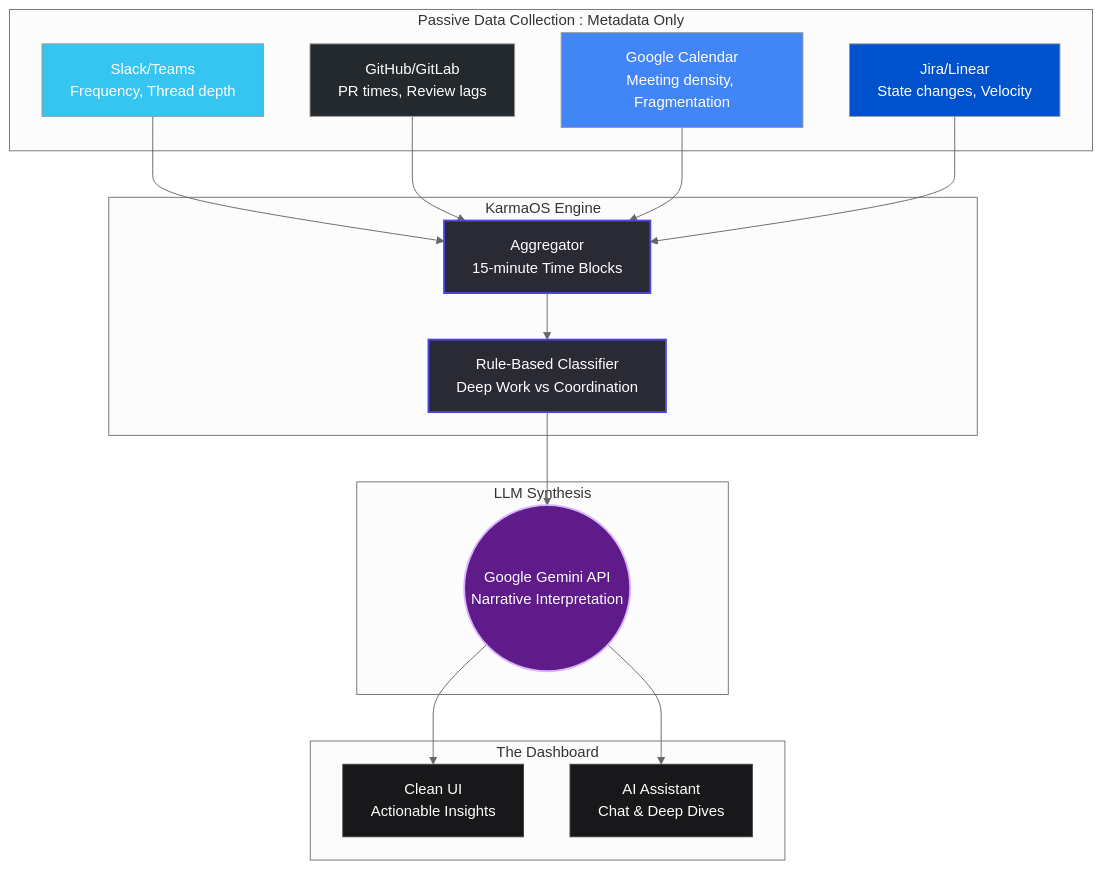
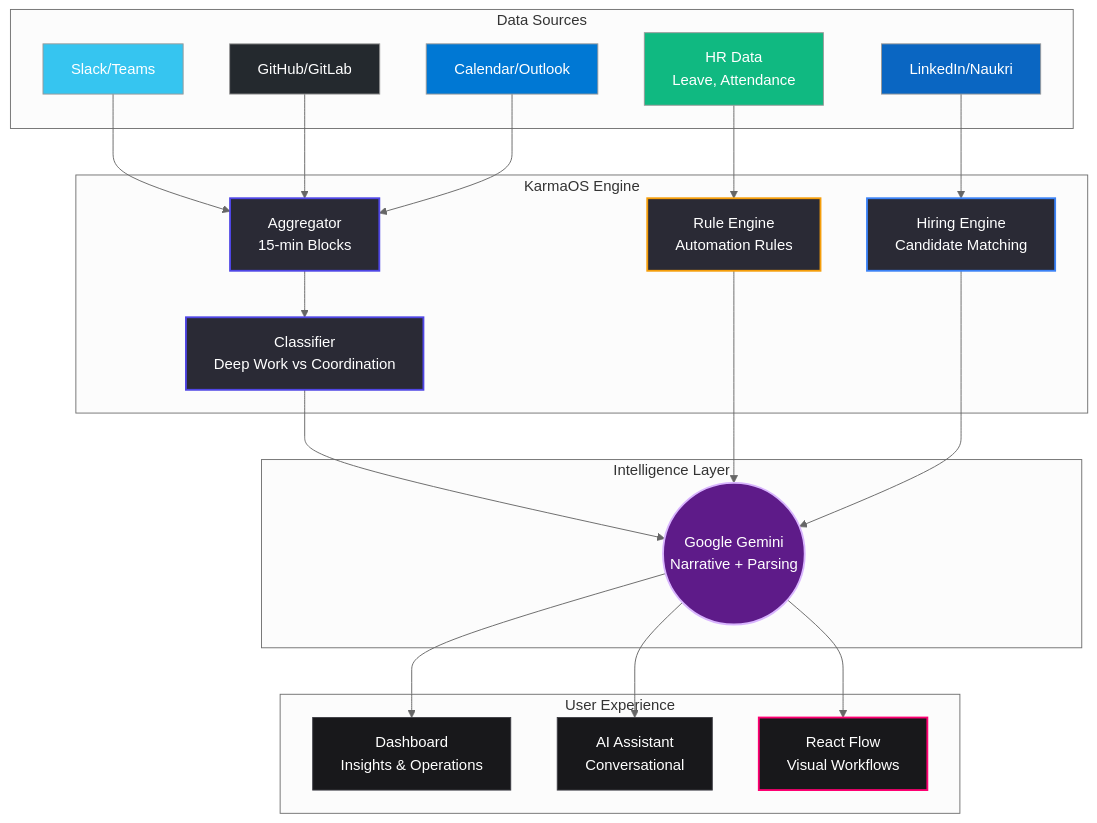
One commit to Hackmaass/Karma changed the diagram in readme.md. Above: the diagram before and after it, drawn with Mermaid (neutral theme). The commit also changed other lines of this file, not shown here.

Commit message:
docs: Update README for KarmaOS v2 Workforce OS

````diff
--- a/readme.md
+++ b/readme.md
@@ -39,43 +76,55 @@
 ```mermaid
 graph TD
-    subgraph Passive Data Layer [Passive Data Collection : Metadata Only]
-        S[Slack/Teams<br>Frequency, Thread depth]
-        G[GitHub/GitLab<br>PR times, Review lags]
-        C[Google Calendar<br>Meeting density, Fragmentation]
-        J[Jira/Linear<br>State changes, Velocity]
+    subgraph Data Sources
+        S[Slack/Teams]
+        G[GitHub/GitLab]
+        C[Calendar/Outlook]
+        J[LinkedIn/Naukri]
+        HR[HR Data<br>Leave, Attendance]
     end
 
-    subgraph Data Processing [KarmaOS Engine]
-        A[Aggregator<br>15-minute Time Blocks]
-        ML[Rule-Based Classifier<br>Deep Work vs Coordination]
+    subgraph KarmaOS Engine
+        A[Aggregator<br>15-min Blocks]
+        ML[Classifier<br>Deep Work vs Coordination]
+        RE[Rule Engine<br>Automation Rules]
+        HA[Hiring Engine<br>Candidate Matching]
     end
 
-    subgraph Intelligence Layer [LLM Synthesis]
-        LLM((Google Gemini API<br>Narrative Interpretation))
+    subgraph Intelligence Layer
+        LLM((Google Gemini<br>Narrative + Parsing))
     end
 
-    subgraph User Experience [The Dashboard]
-        UI[Clean UI<br>Actionable Insights]
-        AI[AI Assistant<br>Chat & Deep Dives]
+    subgraph User Experience
+        UI[Dashboard<br>Insights & Operations]
+        AI[AI Assistant<br>Conversational]
+        RF[React Flow<br>Visual Workflows]
     end
 
     S --> A
     G --> A
     C --> A
-    J --> A
+    J --> HA
+    HR --> RE
 
     A --> ML
     ML --> LLM
+    RE --> LLM
+    HA --> LLM
     LLM --> UI
     LLM --> AI
+    LLM --> RF
 
     style S fill:#36C5F0,stroke:#none,color:#fff
     style G fill:#24292e,stroke:#none,color:#fff
-    style C fill:#4285F4,stroke:#none,color:#fff
-    style J fill:#0052CC,stroke:#none,color:#fff
+    style C fill:#0078D4,stroke:#none,color:#fff
+    style J fill:#0A66C2,stroke:#none,color:#fff
+    style HR fill:#10b981,stroke:#none,color:#fff
     style A fill:#2A2A35,stroke:#4f46e5,color:#fff,stroke-width:2px
     style ML fill:#2A2A35,stroke:#4f46e5,color:#fff,stroke-width:2px
+    style RE fill:#2A2A35,stroke:#f59e0b,color:#fff,stroke-width:2px
+    style HA fill:#2A2A35,stroke:#3b82f6,color:#fff,stroke-width:2px
     style LLM fill:#5E1B89,stroke:#d8b4fe,color:#fff,stroke-width:2px
     style UI fill:#18181B,stroke:#3f3f46,color:#fff
     style AI fill:#18181B,stroke:#3f3f46,color:#fff
+    style RF fill:#18181B,stroke:#FF0072,color:#fff,stroke-width:2px
 ```
````
